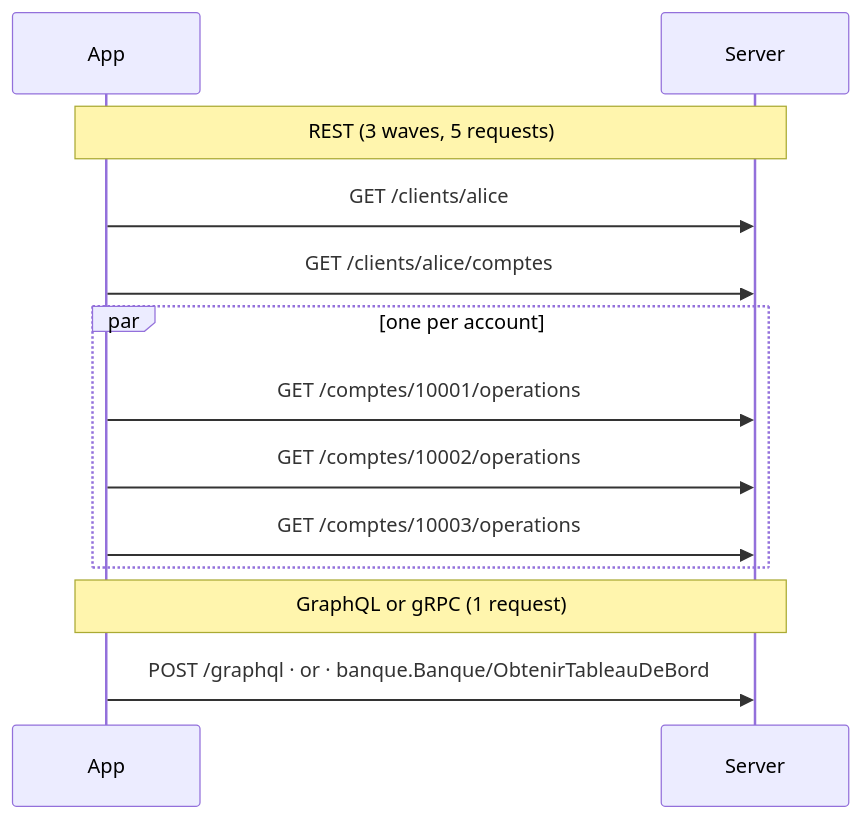
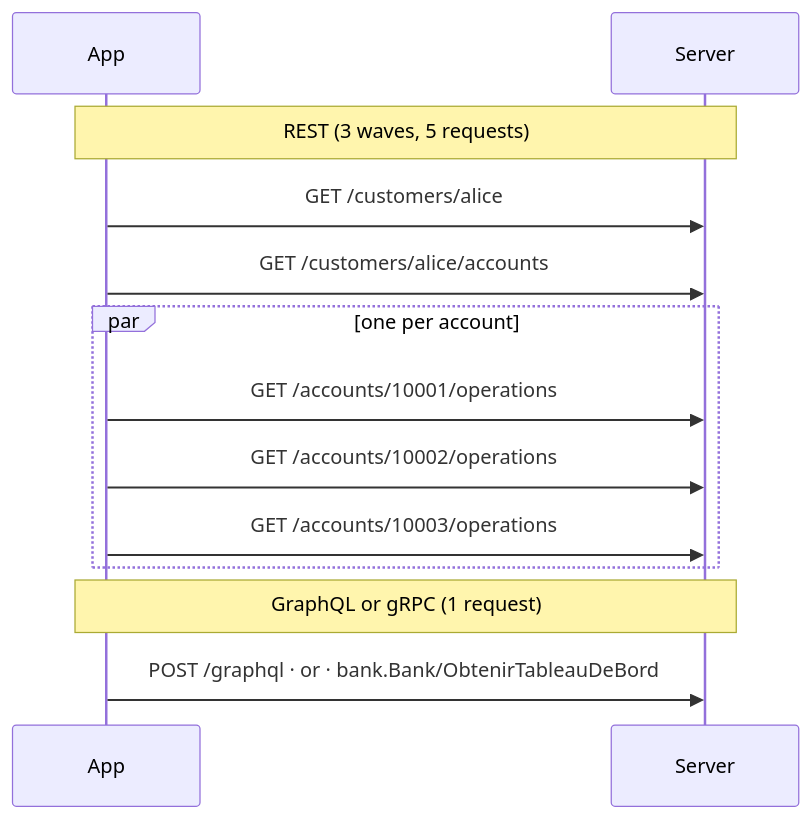
The second of 2 diagrams in Docs/en/23-rest-grpc-graphql.md (drangoht/ArchitecturesDemo), drawn with Mermaid before and after one commit. The commit also changed other lines of this file and 78 other files, not shown here.

First line of the commit message:
Docs EN : identifiants, liens, diagrammes et sorties alignés sur le code anglais

````diff
--- a/Docs/en/23-rest-grpc-graphql.md
+++ b/Docs/en/23-rest-grpc-graphql.md
@@ -122,15 +122,15 @@
 ```mermaid
 sequenceDiagram
     participant A as App
     participant S as Server
     Note over A,S: REST (3 waves, 5 requests)
-    A->>S: GET /clients/alice
-    A->>S: GET /clients/alice/comptes
+    A->>S: GET /customers/alice
+    A->>S: GET /customers/alice/accounts
     par one per account
-        A->>S: GET /comptes/10001/operations
-        A->>S: GET /comptes/10002/operations
-        A->>S: GET /comptes/10003/operations
+        A->>S: GET /accounts/10001/operations
+        A->>S: GET /accounts/10002/operations
+        A->>S: GET /accounts/10003/operations
     end
     Note over A,S: GraphQL or gRPC (1 request)
-    A->>S: POST /graphql · or · banque.Banque/ObtenirTableauDeBord
+    A->>S: POST /graphql · or · bank.Bank/ObtenirTableauDeBord
 ```
````
